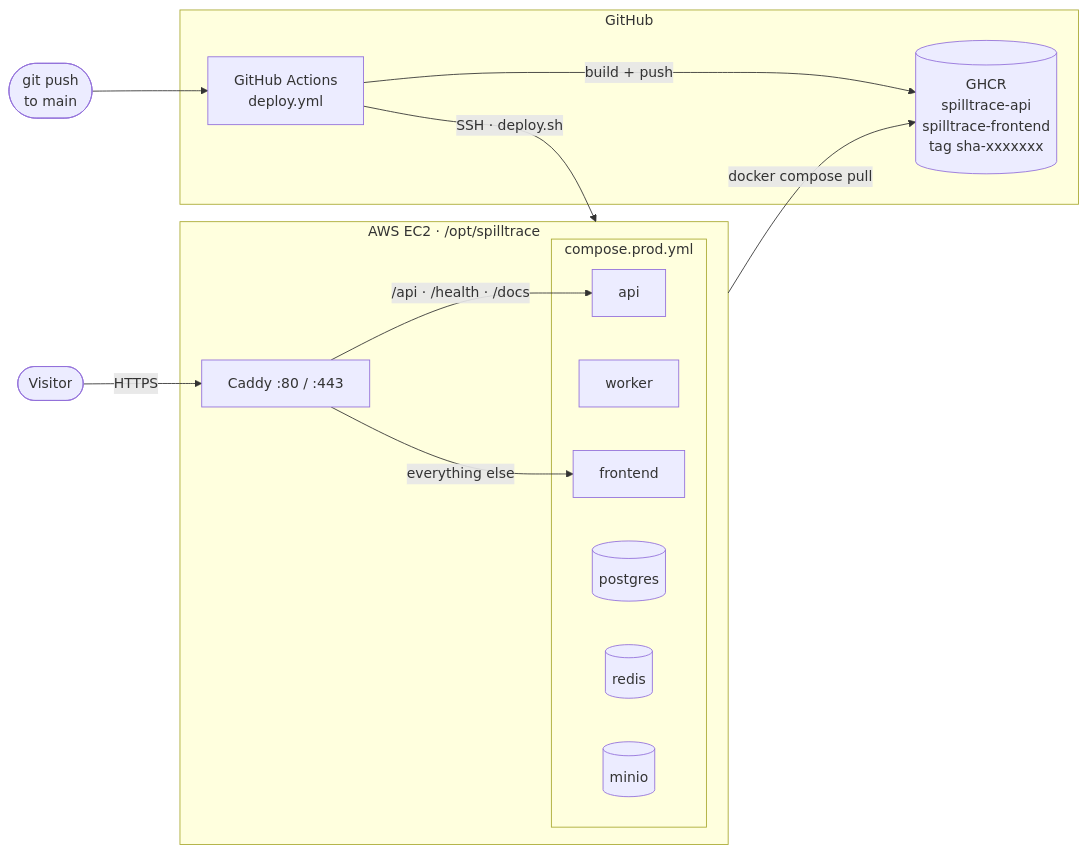
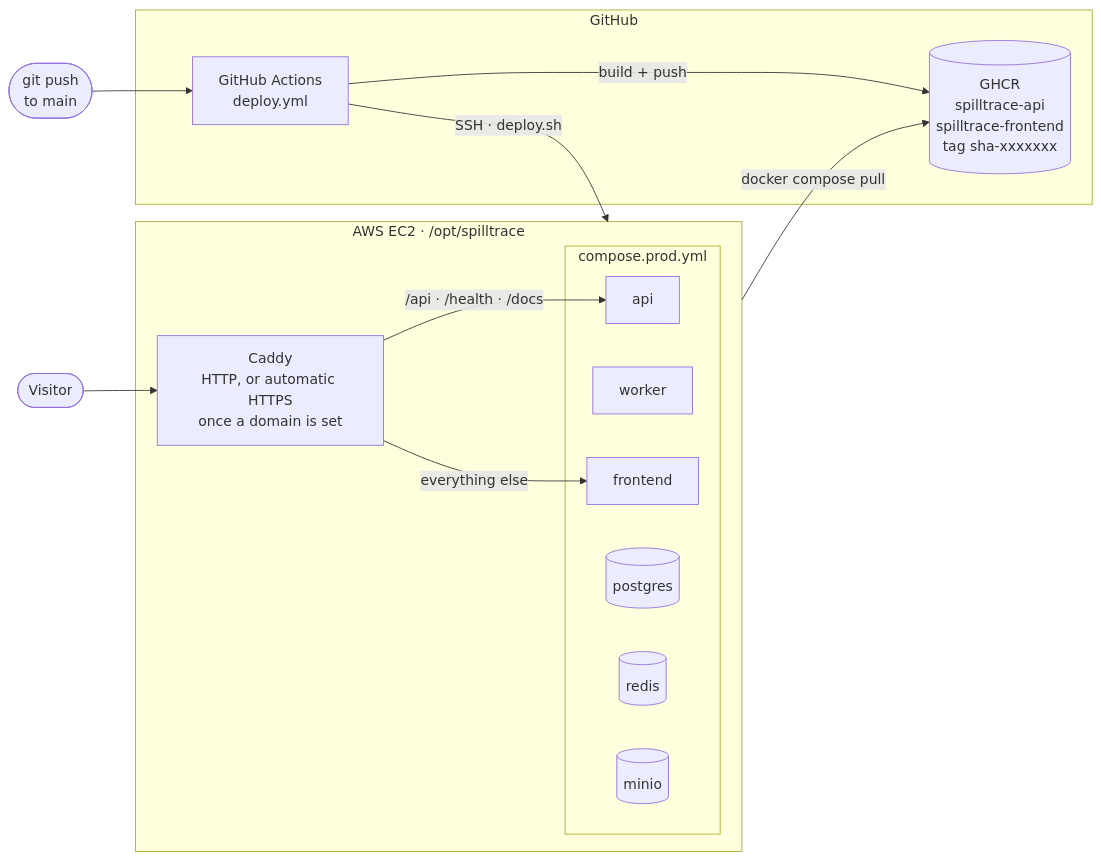
Before and after one commit to suryansh18saxena/SpillTrace: the fifth of 5 diagrams in README.md, drawn with Mermaid. The commit also changed other lines of this file and 2 other files, not shown here.

````diff
--- a/README.md
+++ b/README.md
@@ -585,29 +585,29 @@
 ```mermaid
 flowchart LR
     DEV(["git push<br/>to main"]) --> GHA
 
     subgraph GH["GitHub"]
         GHA["GitHub Actions<br/>deploy.yml"]
         GHCR[("GHCR<br/>spilltrace-api<br/>spilltrace-frontend<br/>tag sha-xxxxxxx")]
         GHA -->|"build + push"| GHCR
     end
 
     GHA -->|"SSH · deploy.sh"| HOST
 
     subgraph HOST["AWS EC2 · /opt/spilltrace"]
-        CADDY["Caddy :80 / :443"]
+        CADDY["Caddy<br/>HTTP, or automatic HTTPS<br/>once a domain is set"]
         subgraph STACK["compose.prod.yml"]
             PAPI["api"]
             PWK["worker"]
             PFE["frontend"]
             PDB[("postgres")]
             PRD[("redis")]
             PMN[("minio")]
         end
         CADDY -->|"/api · /health · /docs"| PAPI
         CADDY -->|"everything else"| PFE
     end
 
     HOST -->|"docker compose pull"| GHCR
-    VISITOR(["Visitor"]) -->|HTTPS| CADDY
+    VISITOR(["Visitor"]) --> CADDY
 ```
````
